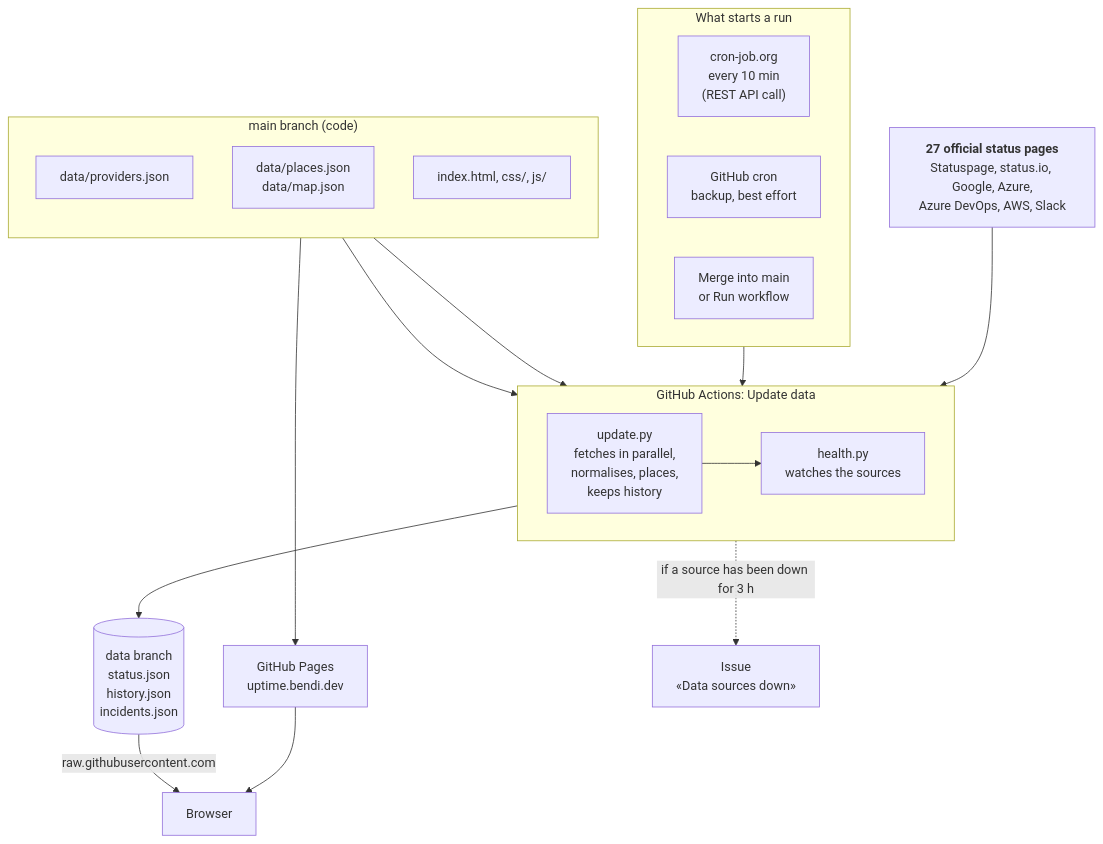
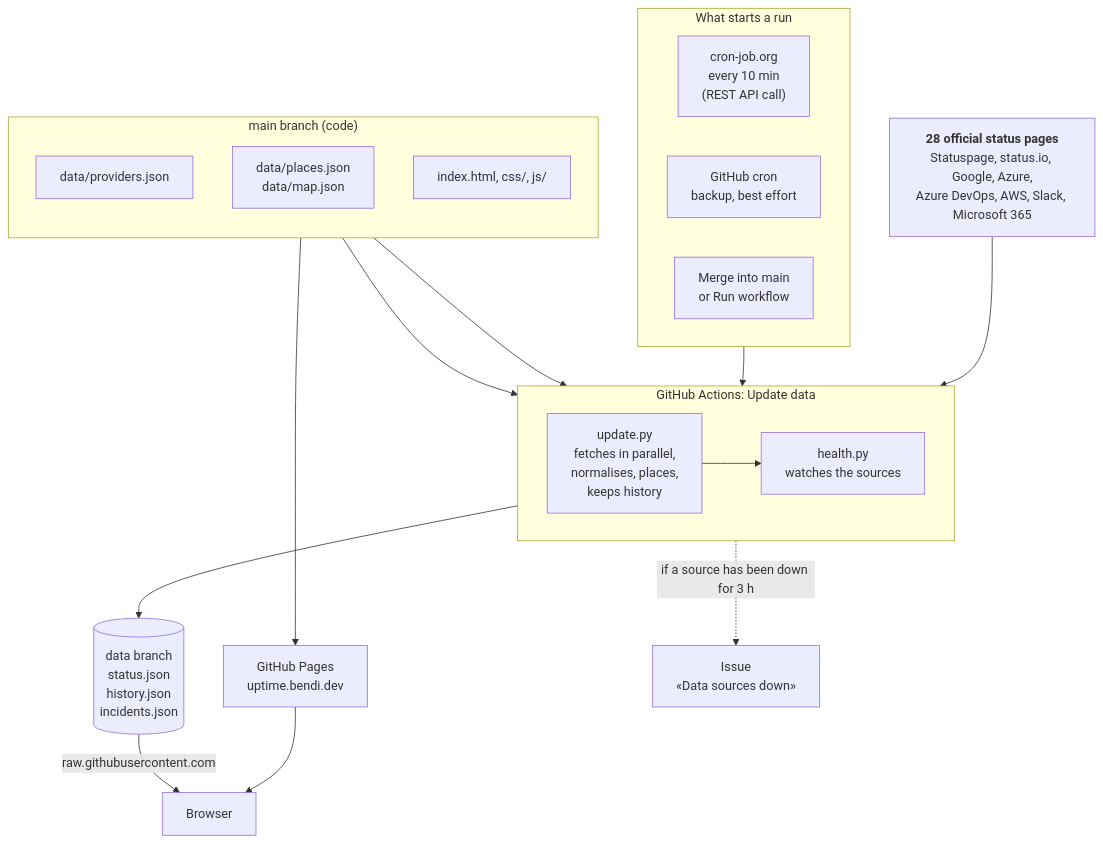
The second of 7 diagrams in README.md (serbenda/uptime), drawn with Mermaid before and after one commit. The commit also changed other lines of this file and 7 other files, not shown here.

First line of the commit message:
Add Microsoft 365 from Microsoft's public status page

````diff
--- a/README.md
+++ b/README.md
@@ -579,40 +582,40 @@
 ```mermaid
 flowchart TB
-  Sources["<b>27 official status pages</b><br/>Statuspage, status.io, Google, Azure,<br/>Azure DevOps, AWS, Slack"]
+  Sources["<b>28 official status pages</b><br/>Statuspage, status.io, Google, Azure,<br/>Azure DevOps, AWS, Slack, Microsoft 365"]
 
   subgraph Triggers["What starts a run"]
     direction LR
     T1["cron-job.org<br/>every 10 min<br/>(REST API call)"]
     T2["GitHub cron<br/>backup, best effort"]
     T3["Merge into main<br/>or Run workflow"]
   end
 
   subgraph Actions["GitHub Actions: Update data"]
     direction LR
     A1["update.py<br/>fetches in parallel,<br/>normalises, places,<br/>keeps history"]
     A2["health.py<br/>watches the sources"]
     A1 --> A2
   end
 
   subgraph Main["main branch (code)"]
     direction TB
     Conf["data/providers.json"]
     Geo["data/places.json<br/>data/map.json"]
     Web["index.html, css/, js/"]
   end
 
   Data[("data branch<br/>status.json<br/>history.json<br/>incidents.json")]
   Pages["GitHub Pages<br/>uptime.bendi.dev"]
   Issue["Issue<br/>«Data sources down»"]
   Nav["Browser"]
 
   Triggers --> A1
   Sources --> A1
   Conf --> A1
   Geo --> A1
   A1 --> Data
   A2 -. if a source has been down for 3 h .-> Issue
   Main --> Pages
   Pages --> Nav
   Data -- raw.githubusercontent.com --> Nav
 ```
````
